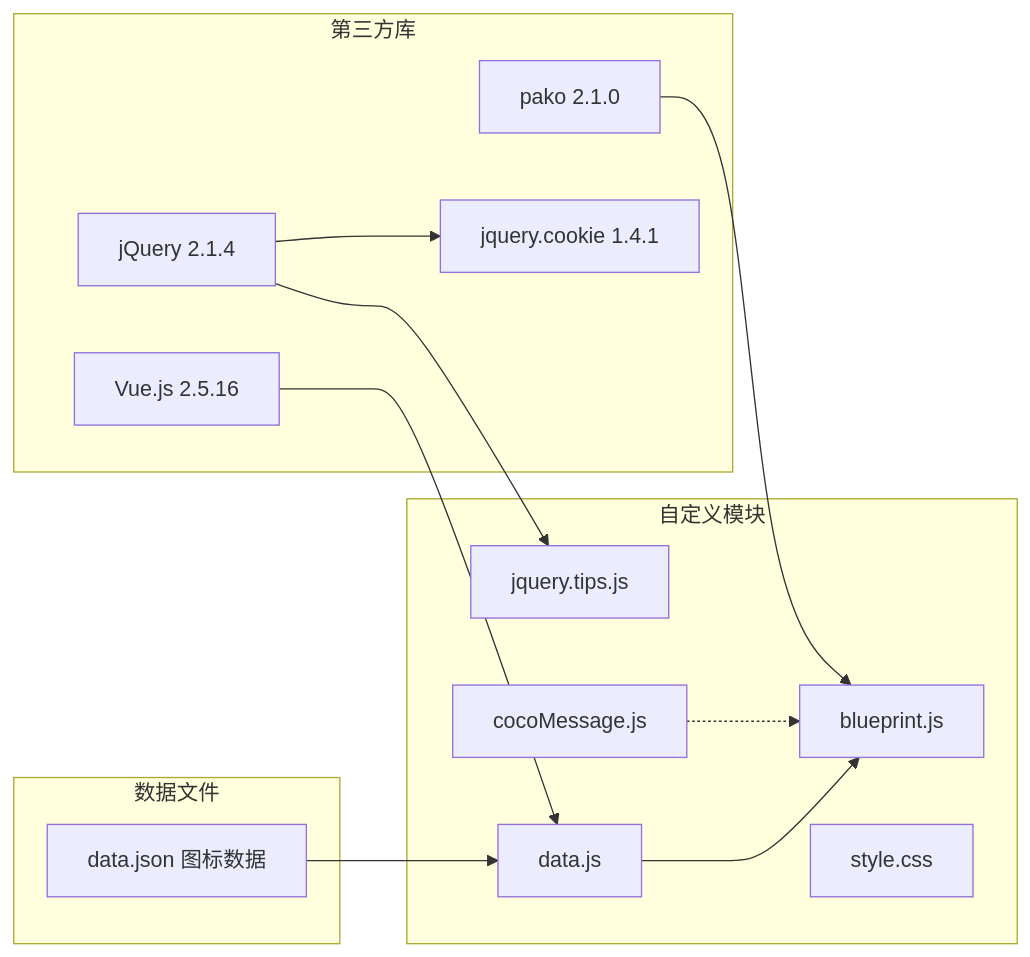
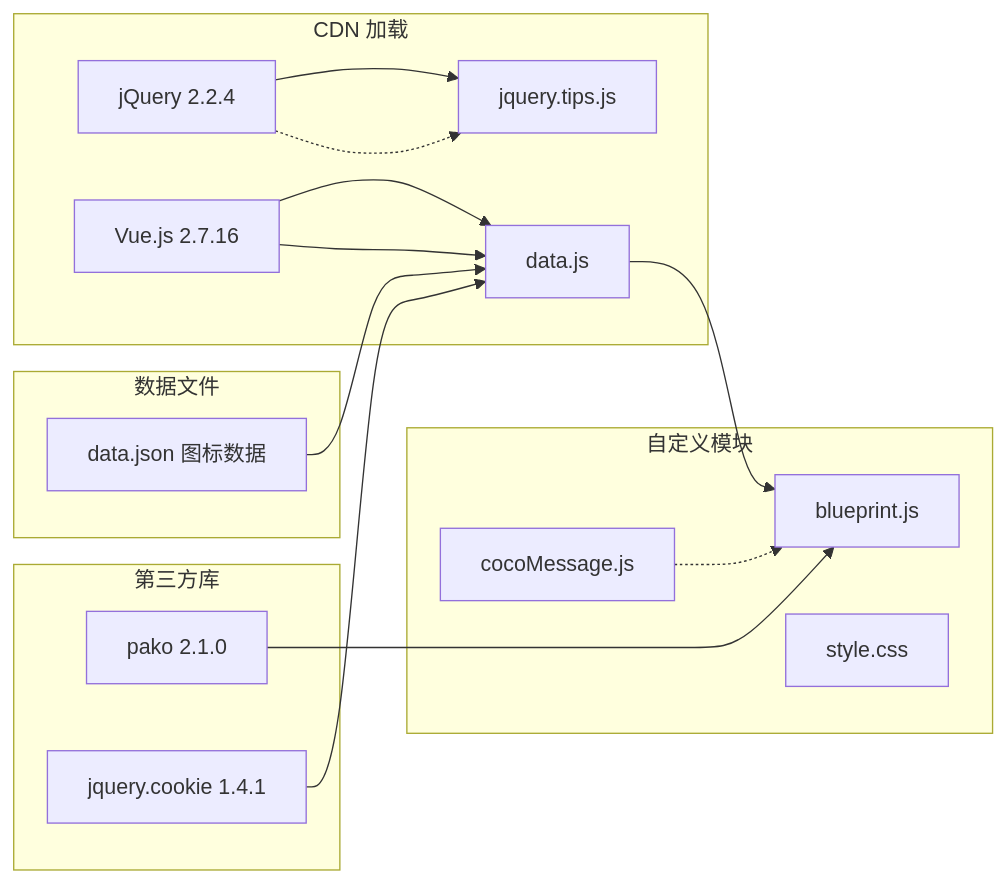
The fourth of 5 diagrams in Scripts/localDocs/模块说明.md (793383996/DSQ), drawn with Mermaid before and after one commit. The commit also changed other lines of this file, not shown here.

````diff
--- a/Scripts/localDocs/模块说明.md
+++ b/Scripts/localDocs/模块说明.md
@@ -294,29 +298,32 @@
 ```mermaid
 graph LR
+    subgraph CDN 加载
+        A[jQuery 2.2.4] --> H
+        B[Vue.js 2.7.16] --> E
+    end
+    
     subgraph 第三方库
-        A[jQuery 2.1.4]
-        B[Vue.js 2.5.16]
         C[pako 2.1.0]
         D[jquery.cookie 1.4.1]
     end
     
     subgraph 自定义模块
         E[data.js]
         F[blueprint.js]
         G[cocoMessage.js]
         H[jquery.tips.js]
         I[style.css]
     end
     
     subgraph 数据文件
         J[data.json 图标数据]
     end
     
-    A --> H
-    A --> D
+    A -.-> H
+    D --> E
     B --> E
     E --> F
     C --> F
     G -.-> F
     J --> E
 ```
````
